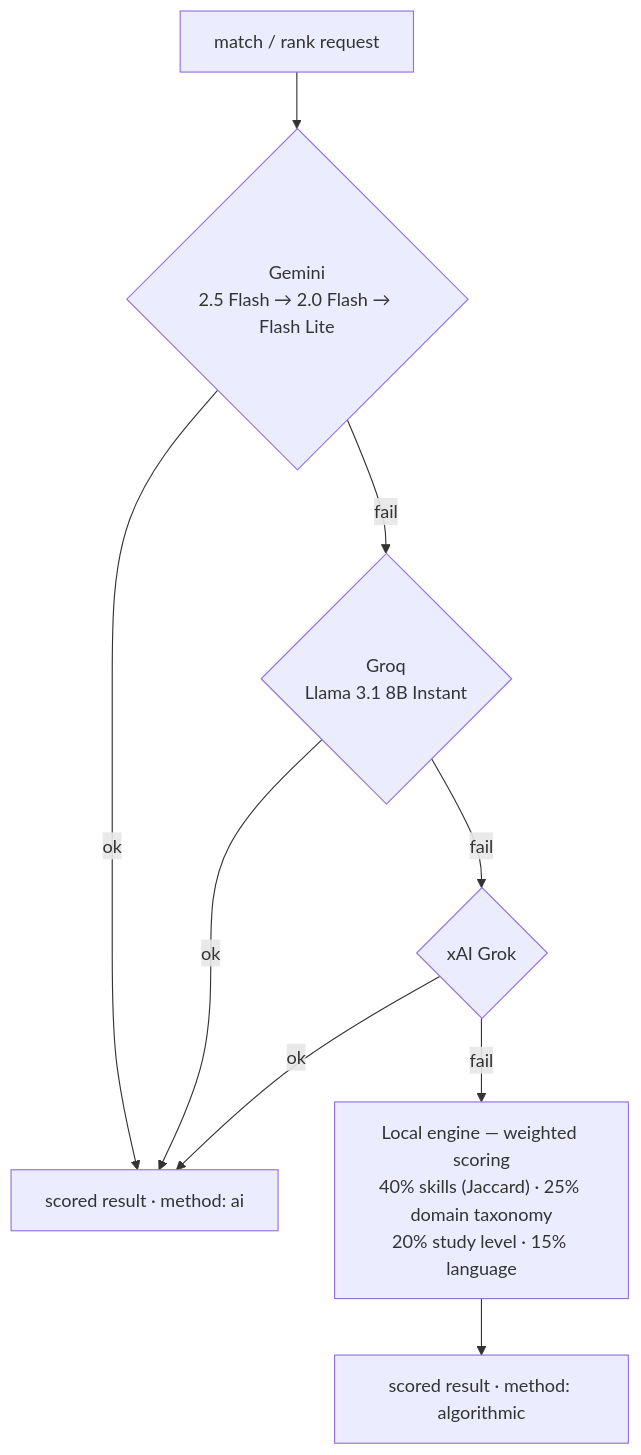
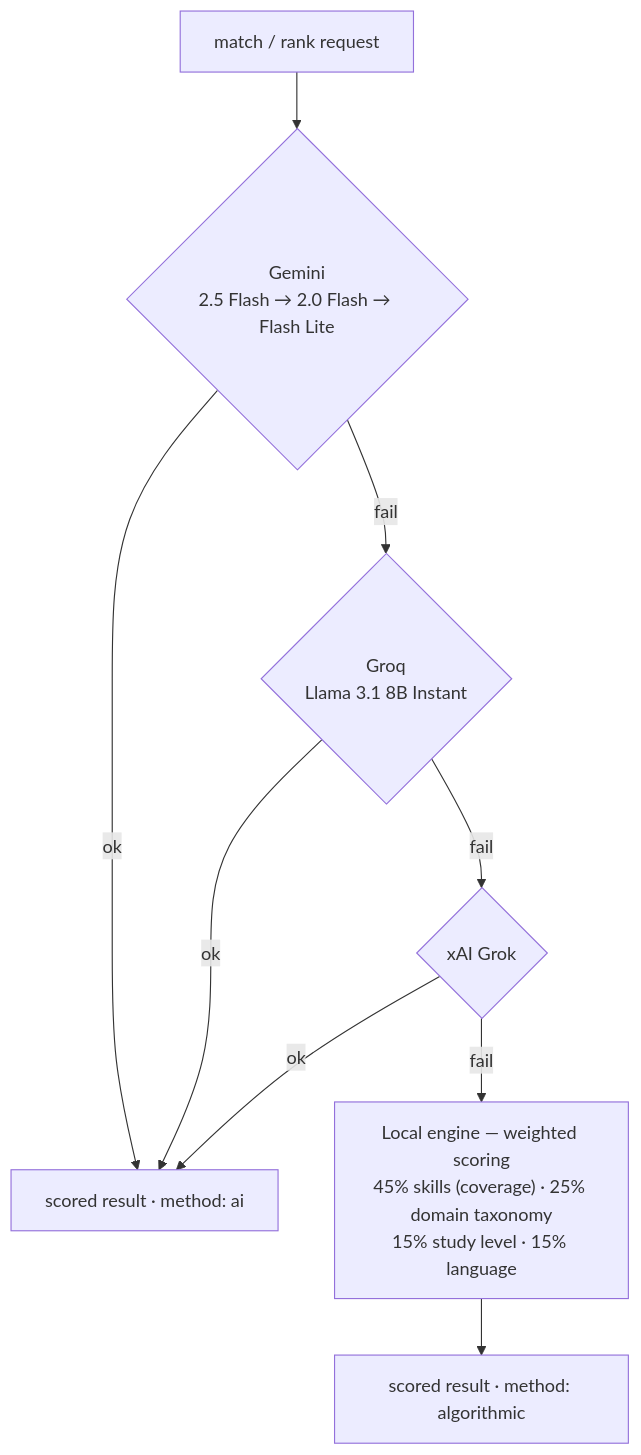
The second of 3 diagrams in README.md (mahitoh/internbeacon), drawn with Mermaid before and after one commit. The commit also changed 13 other files, not shown here.

````diff
--- a/README.md
+++ b/README.md
@@ -141,11 +141,11 @@
 ```mermaid
 flowchart TD
     REQ["match / rank request"] --> P1{"Gemini<br/>2.5 Flash → 2.0 Flash → Flash Lite"}
     P1 -- ok --> OUT["scored result · method: ai"]
     P1 -- fail --> P2{"Groq<br/>Llama 3.1 8B Instant"}
     P2 -- ok --> OUT
     P2 -- fail --> P3{"xAI Grok"}
     P3 -- ok --> OUT
-    P3 -- fail --> ALG["Local engine — weighted scoring<br/>40% skills (Jaccard) · 25% domain taxonomy<br/>20% study level · 15% language"]
+    P3 -- fail --> ALG["Local engine — weighted scoring<br/>45% skills (coverage) · 25% domain taxonomy<br/>15% study level · 15% language"]
     ALG --> OUT2["scored result · method: algorithmic"]
 ```
````
